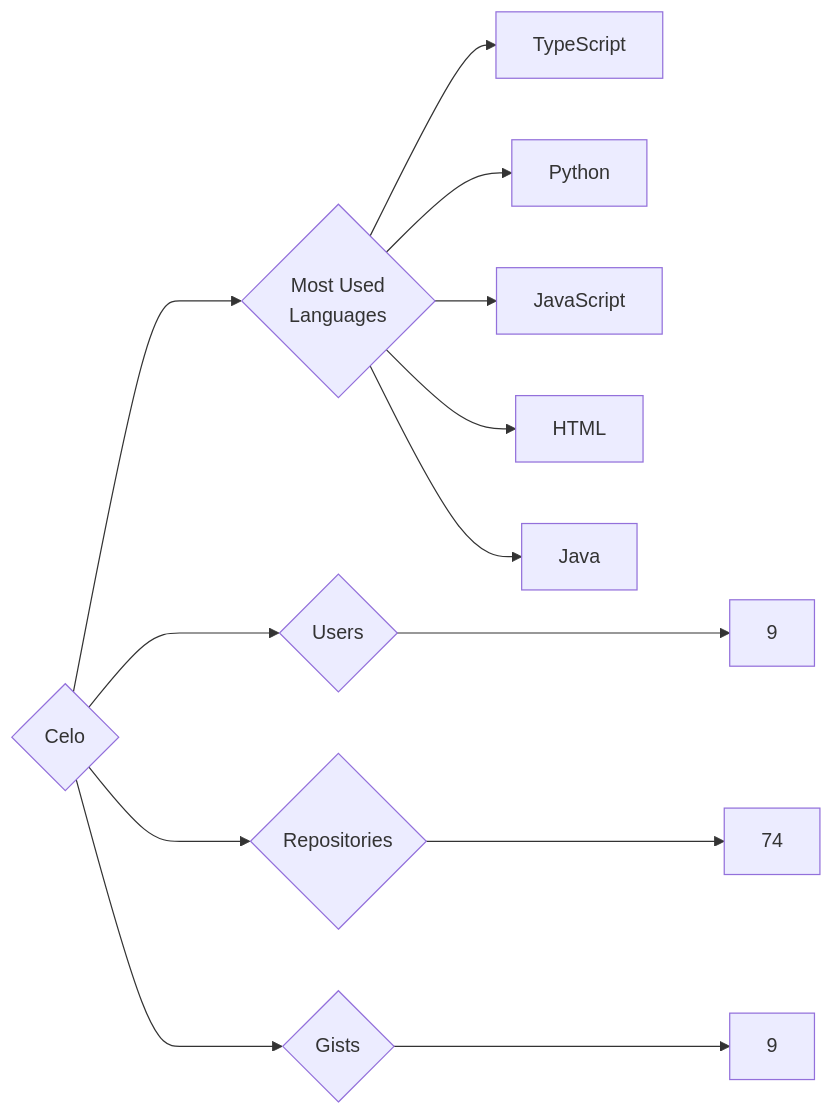
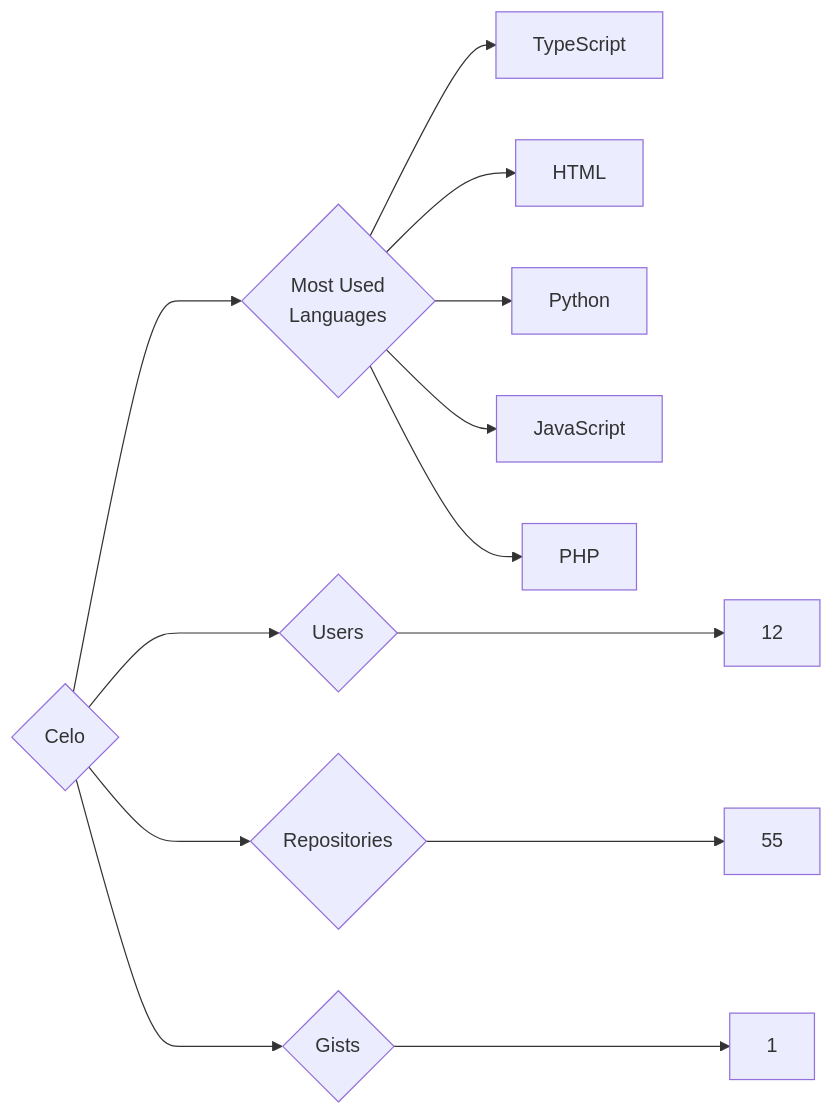
One commit to trickest/insiders changed the diagram in targets/Celo/README.md. Above: the diagram before and after it, drawn with Mermaid. The commit also changed 786 other files, not shown here.

````diff
--- a/targets/Celo/README.md
+++ b/targets/Celo/README.md
@@ -3,13 +3,13 @@
 ```mermaid
 graph LR
 COMPANY_NAME{Celo}
-COMPANY_NAME ---> U{Users} ---> UN[9]
-COMPANY_NAME ---> R{Repositories} ---> RN[74]
-COMPANY_NAME ---> G{Gists} ---> GN[9]
+COMPANY_NAME ---> U{Users} ---> UN[12]
+COMPANY_NAME ---> R{Repositories} ---> RN[55]
+COMPANY_NAME ---> G{Gists} ---> GN[1]
 COMPANY_NAME ---> ML{Most Used<br>Languages}
 ML --> TypeScript[TypeScript]
+ML --> HTML[HTML]
 ML --> Python[Python]
 ML --> JavaScript[JavaScript]
-ML --> HTML[HTML]
-ML --> Java[Java]
+ML --> PHP[PHP]
 ```
````
